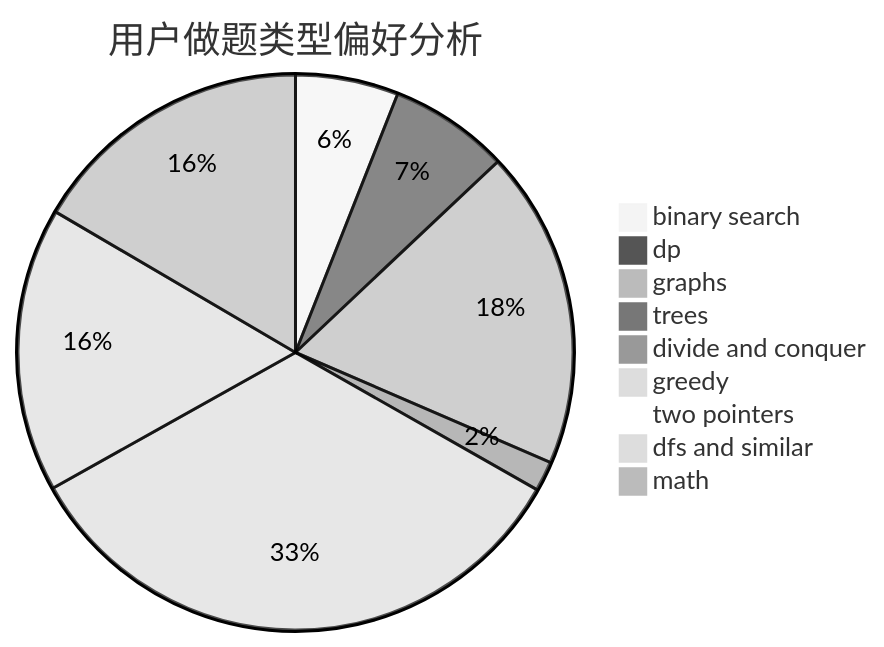
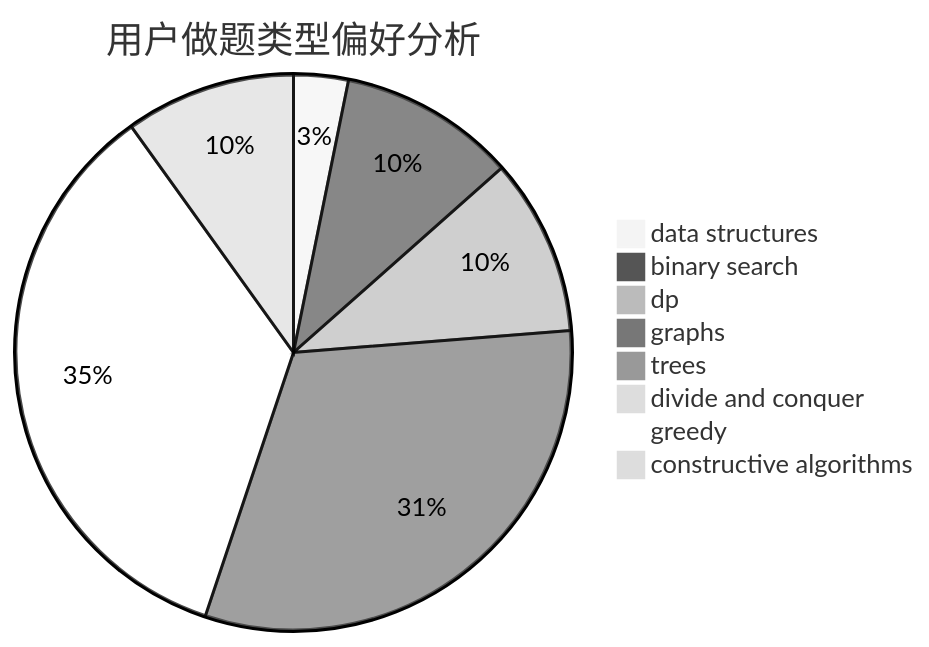
One commit to sherpahu/cfrs.github.io changed the second of 3 diagrams in docs/user/u577.md. Above: the diagram before and after it, drawn with Mermaid (neutral theme). The commit also changed other lines of this file and 2775 other files, not shown here.

````diff
--- a/docs/user/u577.md
+++ b/docs/user/u577.md
@@ -23,12 +23,11 @@
 ```mermaid
 pie title 用户做题类型偏好分析
+    "data structures" :  17
     "binary search" :  55
-    "dp" :  64
-    "graphs" :  170
-    "trees" :  6
-    "divide and conquer" :  16
-    "greedy" :  309
-    "two pointers" :  0
-    "dfs and similar" :  152
-    "math" :  152
+    "dp" :  55
+    "graphs" :  168
+    "trees" :  1
+    "divide and conquer" :  1
+    "greedy" :  187
+    "constructive algorithms" :  53
 ```
````
